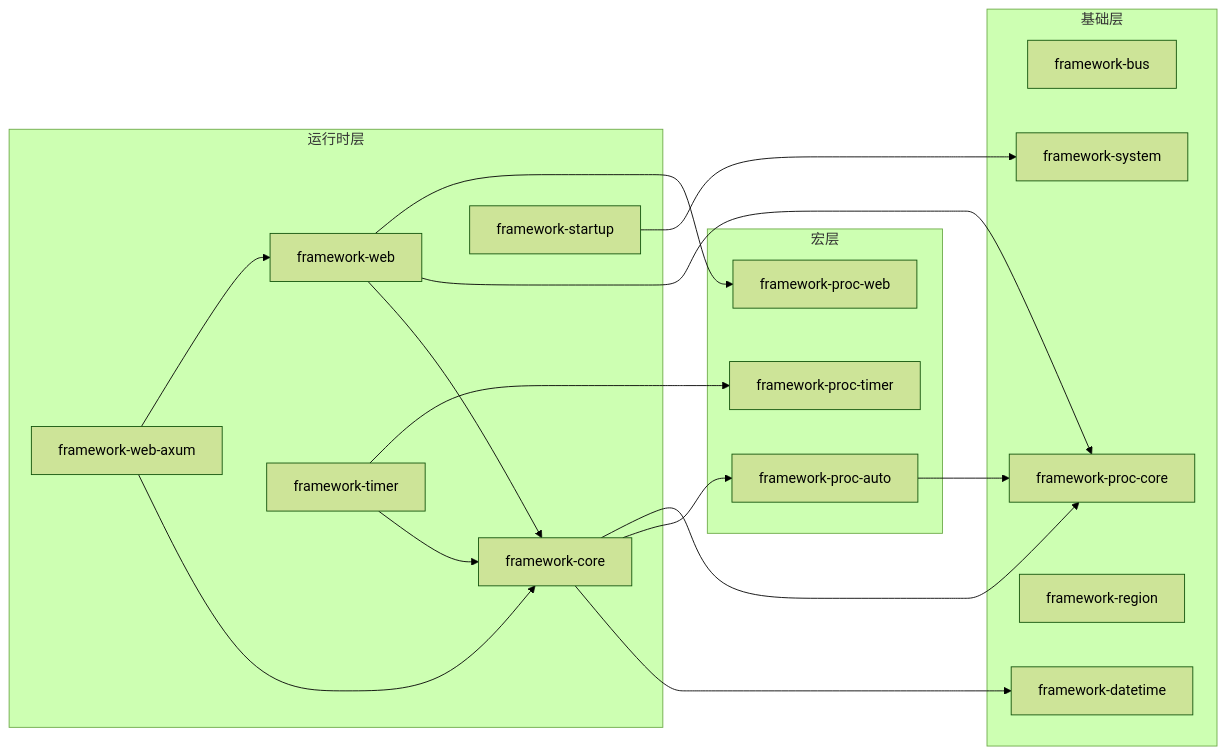
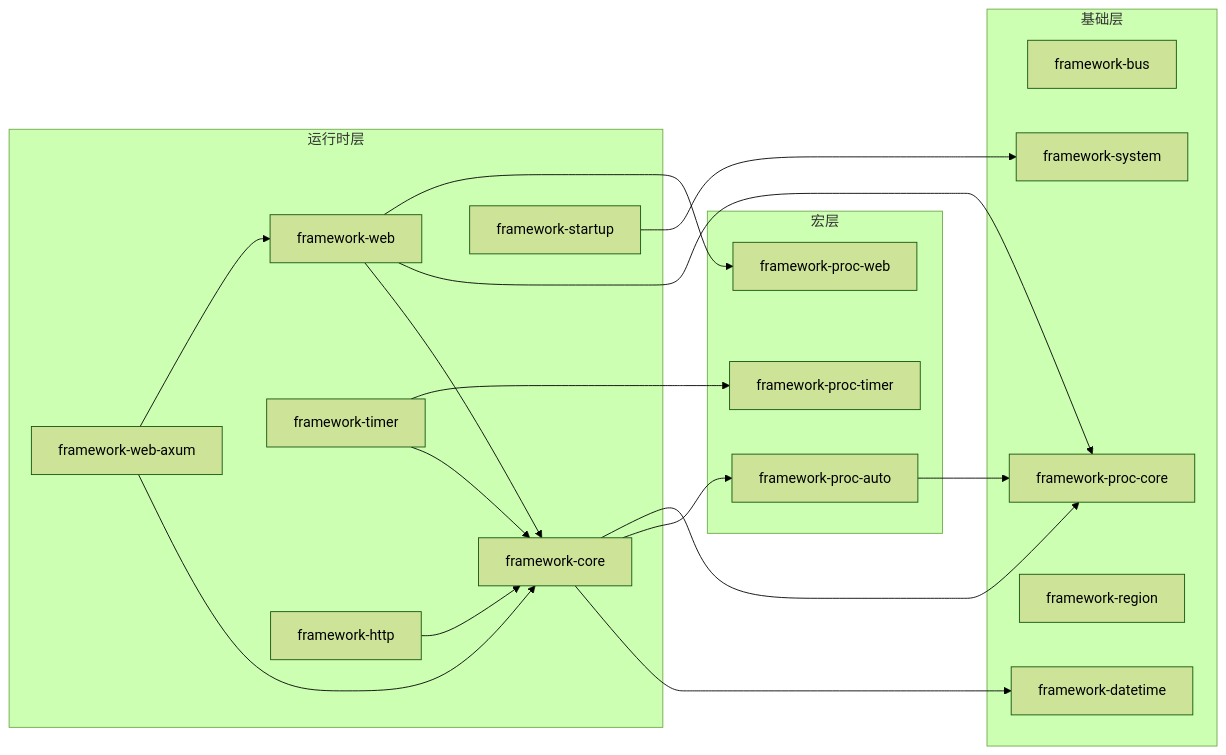
The diagram in workspace.md (lingting-projects/lingting-rust-framework), drawn with Mermaid (forest theme) before and after one commit. The commit also changed other lines of this file and 17 other files, not shown here.

Commit message:
:sparkles: 新增 framework-http

````diff
--- a/workspace.md
+++ b/workspace.md
@@ -43,42 +43,45 @@
 ```mermaid
 flowchart LR
     subgraph base["基础层"]
         bus["framework-bus"]
         datetime["framework-datetime"]
         procCore["framework-proc-core"]
         region["framework-region"]
         system["framework-system"]
     end
 
     subgraph proc["宏层"]
         procAuto["framework-proc-auto"]
         procTimer["framework-proc-timer"]
         procWeb["framework-proc-web"]
     end
 
     subgraph runtime["运行时层"]
         core["framework-core"]
         web["framework-web"]
         webAxum["framework-web-axum"]
         timer["framework-timer"]
         startup["framework-startup"]
+        http["framework-http"]
     end
 
     procAuto --> procCore
 
     core --> datetime
     core --> procAuto
     core --> procCore
 
     web --> core
     web --> procCore
     web --> procWeb
 
     webAxum --> core
     webAxum --> web
 
     timer --> core
     timer --> procTimer
 
+    http --> core
+
     startup --> system
 ```
````
